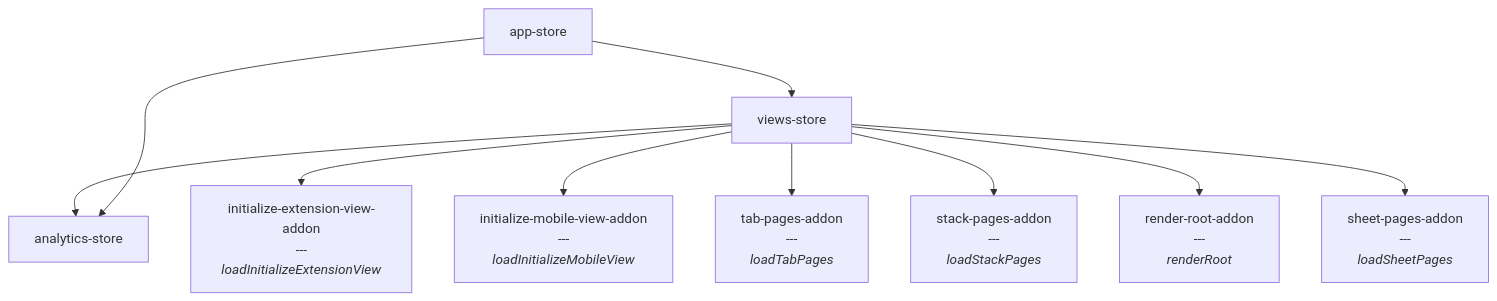
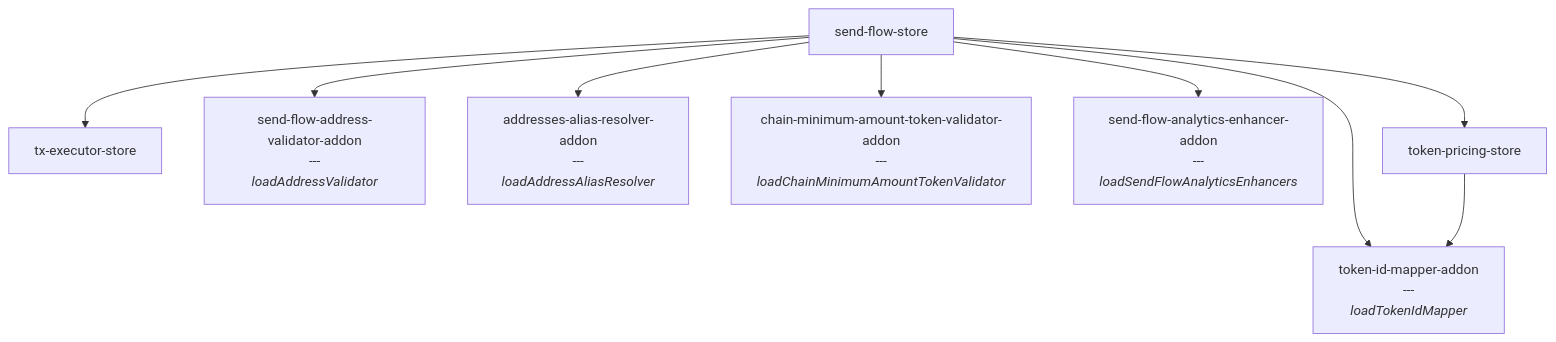
One commit to input-output-hk/lace changed the first of 31 diagrams in docs/contracts-and-modules.md. Above: the diagram before and after it, drawn with Mermaid. The commit also changed other lines of this file and 1287 other files, not shown here.

````diff
--- a/docs/contracts-and-modules.md
+++ b/docs/contracts-and-modules.md
@@ -29,21 +29,19 @@
 ```mermaid
 graph TD
-  views-store["views-store"]
-  analytics-store["analytics-store"]
-  initialize-extension-view-addon["initialize-extension-view-addon<br/>---<br/><i>loadInitializeExtensionView</i>"]
-  initialize-mobile-view-addon["initialize-mobile-view-addon<br/>---<br/><i>loadInitializeMobileView</i>"]
-  tab-pages-addon["tab-pages-addon<br/>---<br/><i>loadTabPages</i>"]
-  stack-pages-addon["stack-pages-addon<br/>---<br/><i>loadStackPages</i>"]
-  render-root-addon["render-root-addon<br/>---<br/><i>renderRoot</i>"]
-  sheet-pages-addon["sheet-pages-addon<br/>---<br/><i>loadSheetPages</i>"]
-  app-store["app-store"]
-  views-store --> analytics-store
-  views-store --> initialize-extension-view-addon
-  views-store --> initialize-mobile-view-addon
-  views-store --> tab-pages-addon
-  views-store --> stack-pages-addon
-  views-store --> render-root-addon
-  views-store --> sheet-pages-addon
-  app-store --> views-store
-  app-store --> analytics-store
+  send-flow-store["send-flow-store"]
+  tx-executor-store["tx-executor-store"]
+  send-flow-address-validator-addon["send-flow-address-validator-addon<br/>---<br/><i>loadAddressValidator</i>"]
+  addresses-alias-resolver-addon["addresses-alias-resolver-addon<br/>---<br/><i>loadAddressAliasResolver</i>"]
+  chain-minimum-amount-token-validator-addon["chain-minimum-amount-token-validator-addon<br/>---<br/><i>loadChainMinimumAmountTokenValidator</i>"]
+  send-flow-analytics-enhancer-addon["send-flow-analytics-enhancer-addon<br/>---<br/><i>loadSendFlowAnalyticsEnhancers</i>"]
+  token-pricing-store["token-pricing-store"]
+  token-id-mapper-addon["token-id-mapper-addon<br/>---<br/><i>loadTokenIdMapper</i>"]
+  send-flow-store --> tx-executor-store
+  send-flow-store --> send-flow-address-validator-addon
+  send-flow-store --> addresses-alias-resolver-addon
+  send-flow-store --> chain-minimum-amount-token-validator-addon
+  send-flow-store --> send-flow-analytics-enhancer-addon
+  send-flow-store --> token-pricing-store
+  send-flow-store --> token-id-mapper-addon
+  token-pricing-store --> token-id-mapper-addon
 ```
````
